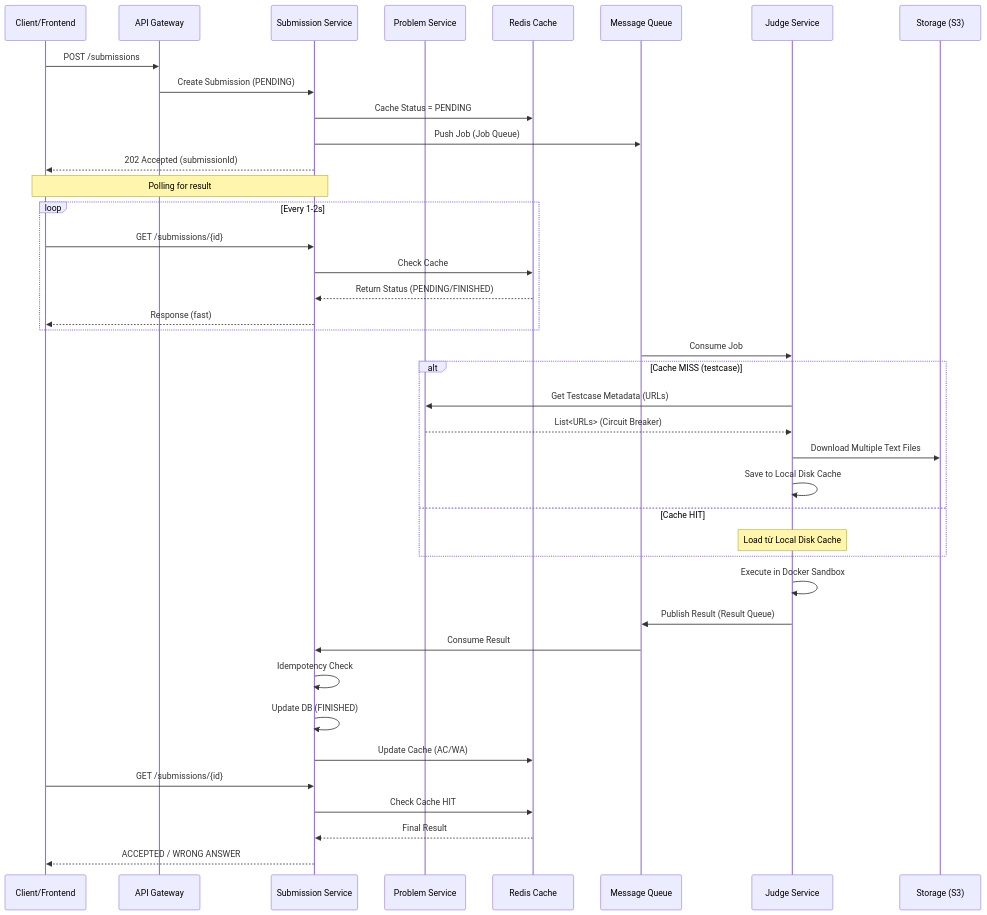
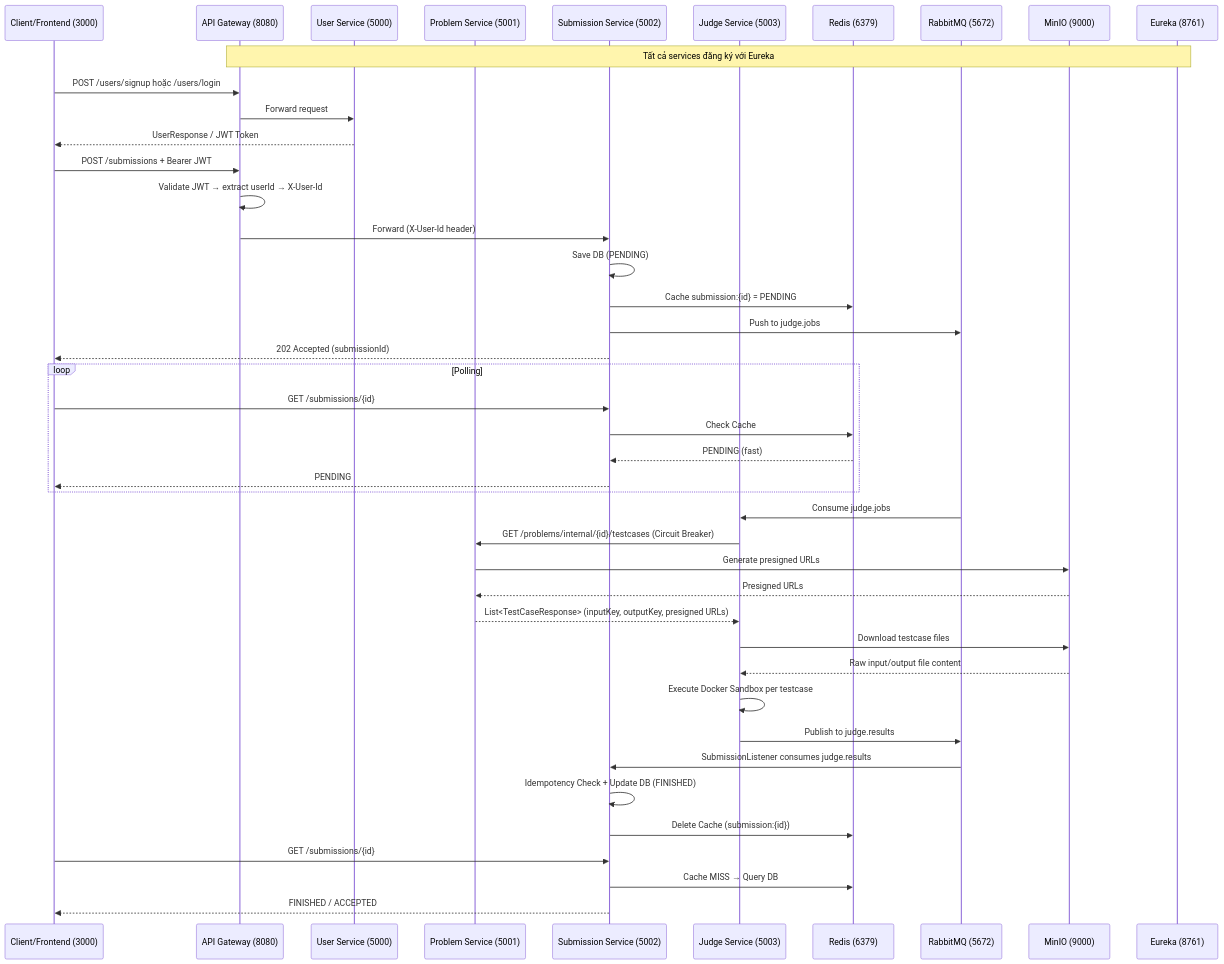
One commit to sson6926/Online-Judge-SOA changed the second of 4 diagrams in docs/analysis-and-design.md. Above: the diagram before and after it, drawn with Mermaid. The commit also changed other lines of this file and 1 other file, not shown here.

Commit message:
docs: udpdate  analysis, design, and architecture documentation files

````diff
--- a/docs/analysis-and-design.md
+++ b/docs/analysis-and-design.md
@@ -179,54 +112,58 @@
 ```mermaid
 sequenceDiagram
-    participant User as Client/Frontend
-    participant GW as API Gateway
-    participant SS as Submission Service
-    participant PS as Problem Service
-    participant RD as Redis Cache
-    participant MQ as Message Queue
-    participant JS as Judge Service
-    participant S3 as Storage (S3)
+    participant User as Client/Frontend (3000)
+    participant GW as API Gateway (8080)
+    participant US as User Service (5000)
+    participant PS as Problem Service (5001)
+    participant SS as Submission Service (5002)
+    participant JS as Judge Service (5003)
+    participant RD as Redis (6379)
+    participant MQ as RabbitMQ (5672)
+    participant S3 as MinIO (9000)
+    participant EU as Eureka (8761)
+
+    Note over GW, EU: Tất cả services đăng ký với Eureka
+
+    %% Auth flow
+    User->>GW: POST /users/signup hoặc /users/login
+    GW->>US: Forward request
+    US-->>User: UserResponse / JWT Token
 
     %% Submit flow
-    User->>GW: POST /submissions
-    GW->>SS: Create Submission (PENDING)
-    SS->>RD: Cache Status = PENDING
-    SS->>MQ: Push Job (Job Queue)
+    User->>GW: POST /submissions + Bearer JWT
+    GW->>GW: Validate JWT → extract userId → X-User-Id
+    GW->>SS: Forward (X-User-Id header)
+    SS->>SS: Save DB (PENDING)
+    SS->>RD: Cache submission:{id} = PENDING
+    SS->>MQ: Push to judge.jobs
     SS-->>User: 202 Accepted (submissionId)
 
     %% Polling flow
-    Note over User, SS: Polling for result
-    loop Every 1-2s
+    loop Polling
         User->>SS: GET /submissions/{id}
         SS->>RD: Check Cache
-        RD-->>SS: Return Status (PENDING/FINISHED)
-        SS-->>User: Response (fast)
+        RD-->>SS: PENDING (fast)
+        SS-->>User: PENDING
     end
 
     %% Judge processing
-    MQ->>JS: Consume Job
-
-    alt Cache MISS (testcase)
-        JS->>PS: Get Testcase Metadata (URLs)
-        PS-->>JS: List<URLs> (Circuit Breaker)
-        JS->>S3: Download Multiple Text Files
-        JS->>JS: Save to Local Disk Cache
-    else Cache HIT
-        Note over JS: Load từ Local Disk Cache
-    end
-
-    JS->>JS: Execute in Docker Sandbox
-    JS->>MQ: Publish Result (Result Queue)
+    MQ->>JS: Consume judge.jobs
+    JS->>PS: GET /problems/internal/{id}/testcases (Circuit Breaker)
+    PS->>S3: Generate presigned URLs
+    S3-->>PS: Presigned URLs
+    PS-->>JS: List<TestCaseResponse> (inputKey, outputKey, presigned URLs)
+    JS->>S3: Download testcase files
+    S3-->>JS: Raw input/output file content
+    JS->>JS: Execute Docker Sandbox per testcase
+    JS->>MQ: Publish to judge.results
 
     %% Result handling
-    MQ->>SS: Consume Result
-    SS->>SS: Idempotency Check
-    SS->>SS: Update DB (FINISHED)
-    SS->>RD: Update Cache (AC/WA)
+    MQ->>SS: SubmissionListener consumes judge.results
+    SS->>SS: Idempotency Check + Update DB (FINISHED)
+    SS->>RD: Delete Cache (submission:{id})
 
-    %% Final polling
+    %% Final poll
     User->>SS: GET /submissions/{id}
-    SS->>RD: Check Cache HIT
-    RD-->>SS: Final Result
-    SS-->>User: ACCEPTED / WRONG ANSWER
+    SS->>RD: Cache MISS → Query DB
+    SS-->>User: FINISHED / ACCEPTED
 ```
````
